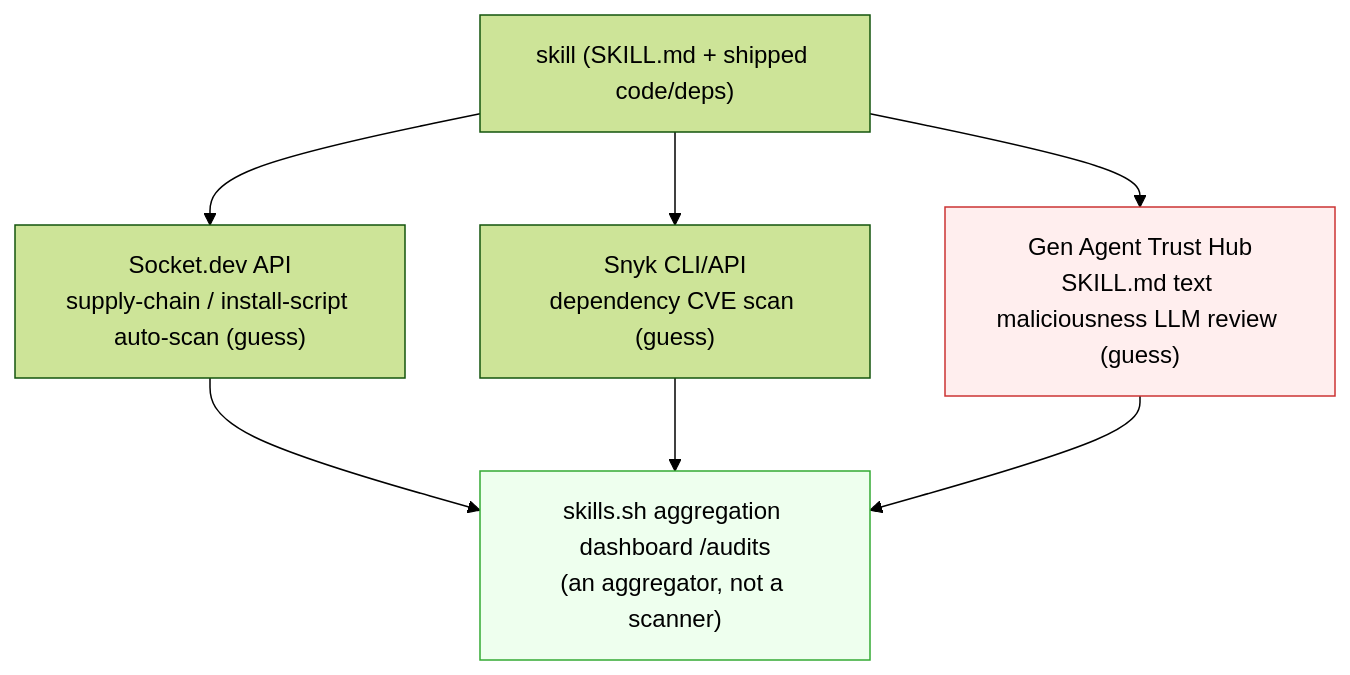
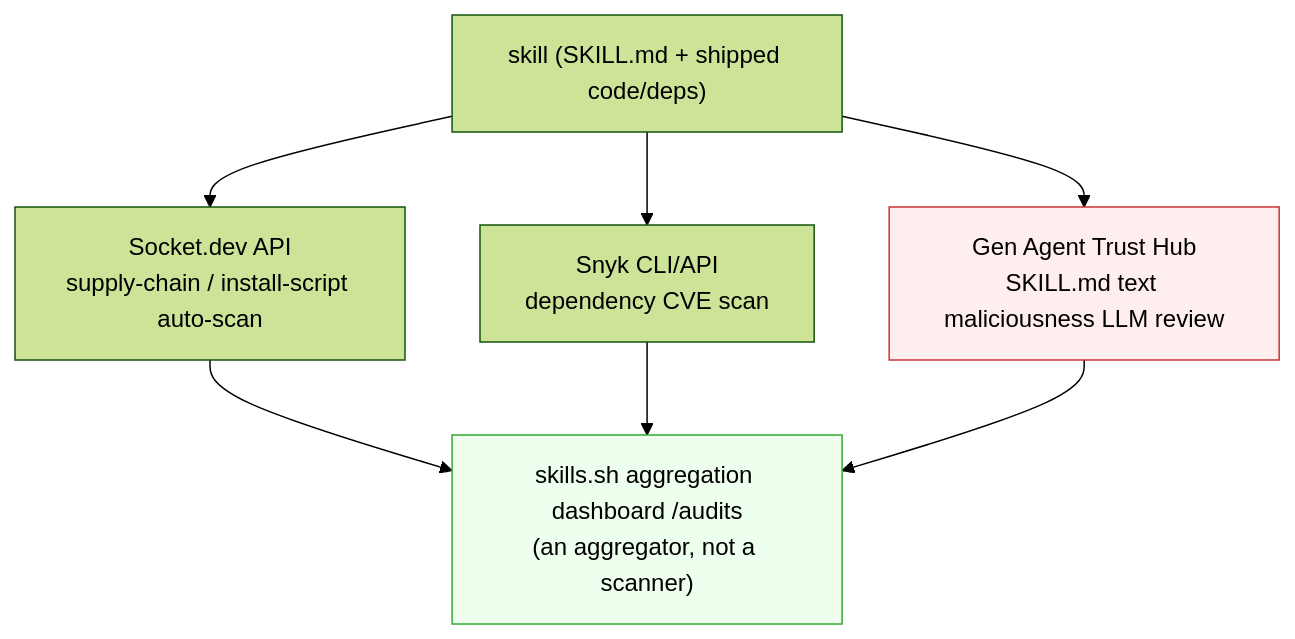
Before and after one commit to IQCoreTeam/AgentNet: the first of 3 diagrams in plans/skill-validation-adapter.md, drawn with Mermaid (forest theme). The commit also changed other lines of this file and 9 other files, not shown here.

````diff
--- a/plans/skill-validation-adapter.md
+++ b/plans/skill-validation-adapter.md
@@ -50,12 +45,12 @@
 ```mermaid
 flowchart TB
     Skill["skill (SKILL.md + shipped code/deps)"]
-    Skill --> S1["Socket.dev API<br/>supply-chain / install-script auto-scan (guess)"]
-    Skill --> S2["Snyk CLI/API<br/>dependency CVE scan (guess)"]
-    Skill --> S3["Gen Agent Trust Hub<br/>SKILL.md text maliciousness LLM review (guess)"]
+    Skill --> S1["Socket.dev API<br/>supply-chain / install-script auto-scan"]
+    Skill --> S2["Snyk CLI/API<br/>dependency CVE scan"]
+    Skill --> S3["Gen Agent Trust Hub<br/>SKILL.md text maliciousness LLM review"]
     S1 --> Agg["skills.sh aggregation dashboard /audits<br/>(an aggregator, not a scanner)"]
     S2 --> Agg
     S3 --> Agg
     style S3 fill:#fee,stroke:#c33
     style Agg fill:#efe,stroke:#3a3
 ```
````
